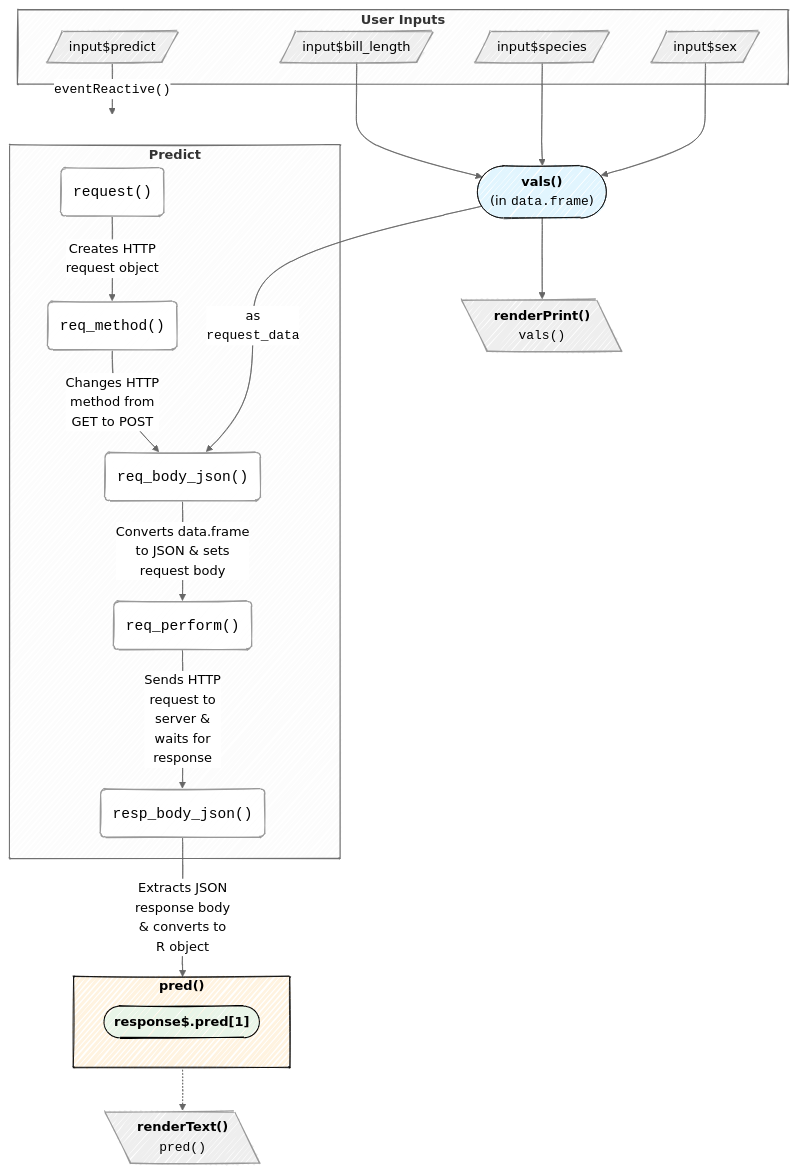
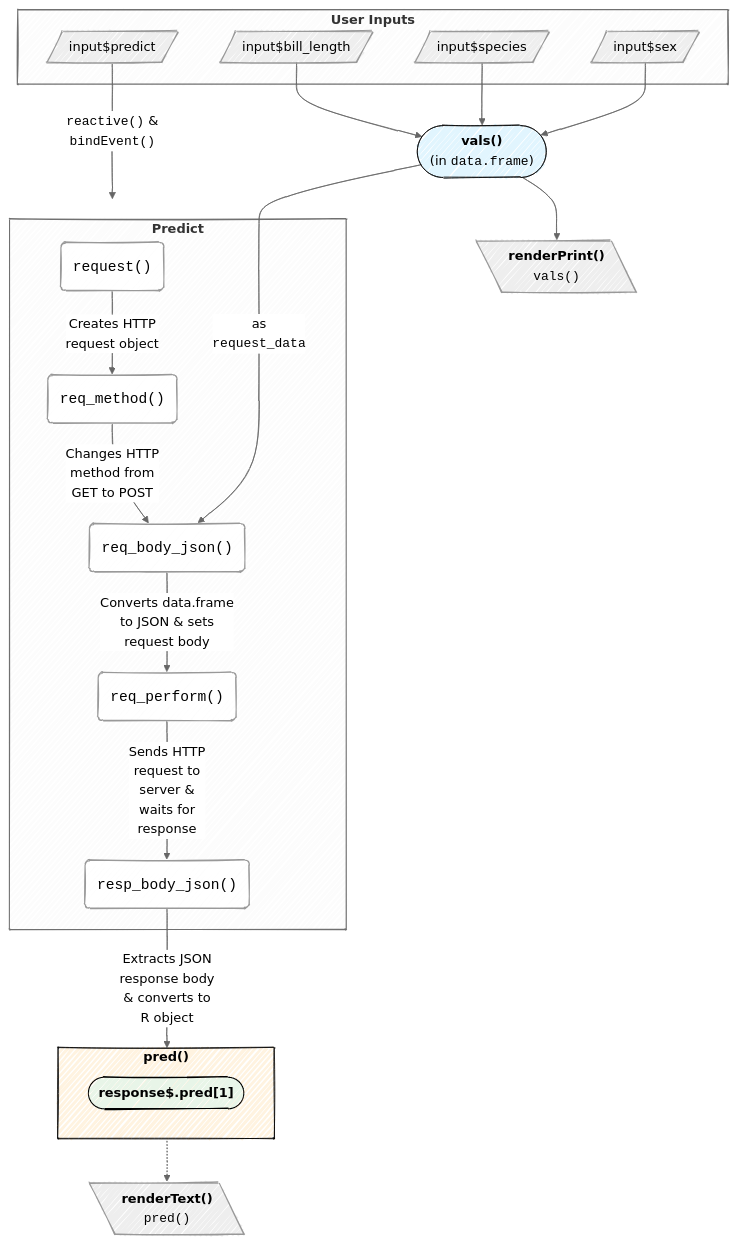
One commit to mjfrigaard/do4ds-labs changed the sixth of 10 diagrams in r-app-api.qmd. Above: the diagram before and after it, drawn with Mermaid. The commit also changed other lines of this file and 10 other files, not shown here.

````diff
--- a/r-app-api.qmd
+++ b/r-app-api.qmd
@@ -452,52 +472,49 @@
 ```{mermaid}
 %%| fig-cap: 'Input Dependencies'
 %%| fig-align: center
 %%{init: {'theme': 'neutral', 'look': 'handDrawn', 'themeVariables': { 'fontFamily': 'monospace', "fontSize":"16px"}}}%%
 graph TD
     subgraph Inputs["<strong>User Inputs</strong>"]
     I1[/"input$bill_length"/]
     I2[/"input$species"/]
     I3[/"input$sex"/]
     I4[/"input$predict"/]
     end
 
     subgraph Pred["<strong>Predict</strong>"]
         Req("<code>request()</code>") --"Creates HTTP<br>request object"--> Meth("<code>req_method()</code>")
         Meth --"Changes HTTP<br>method from<br>GET to POST"--> BodyJson1("<code>req_body_json()</code>")
         BodyJson1 --"Converts data.frame<br>to JSON & sets<br>request body"--> Perform("<code>req_perform()</code>")
         Perform --"Sends HTTP<br>request to<br>server &<br>waits for<br>response"--> BodyJson2("<code>resp_body_json()</code>")
     end
 
     subgraph PredReact["<strong>pred()</strong>"]
         Res(["<strong>response$.pred[1]</strong>"])
     end
     
     ValsReact(["<strong>vals()</strong><br>(in <code>data.frame</code>)"])
     BodyJson2 --"Extracts JSON<br>response body<br>& converts to<br>R object"--> PredReact
     
     I1 --> ValsReact
     I2 --> ValsReact
     I3 --> ValsReact
-    I4 --"<code>eventReactive()</code>"--> Pred
+    I4 --"<code>reactive()</code> & <br><code>bindEvent()</code>"---> Pred
     
     ValsReact --"as<br><code>request_data</code>"--> BodyJson1
     ValsReact --> RenPrnt[\"<strong>renderPrint()</strong><br><code>vals()</code>"\]
     PredReact -.-> RenTxt[\"<strong>renderText()</strong><br><code>pred()</code>"\]
 
     %% Style for functions %%
     style Req fill:#FFF,color:#000,rx:20,ry:20,font-size:18px
     style Meth fill:#FFF,color:#000,rx:20,ry:20,font-size:18px
     style BodyJson1 fill:#FFF,color:#000,rx:20,ry:20,font-size:18px
     style Perform fill:#FFF,color:#000,rx:20,ry:20,font-size:18px
     style BodyJson2 fill:#FFF,color:#000,rx:20,ry:20,font-size:18px
     
     %% Style for reactives %%
     style ValsReact fill:#e1f5fe,stroke:#000,color:#000,stroke-width:1px,rx:10,ry:10,font-size:16px
     style PredReact fill:#fff3e0,stroke:#000,color:#000,stroke-width:1px,rx:10,ry:10,font-size:16px
     
     %% Style for result %%
     style Res fill:#e8f5e8,stroke:#000,color:#000
-    
-    %% style ModMeta fill:#FFF,stroke:#ffcc5c,color:#000,stroke-width:3px,rx:10,ry:10,font-size:16px
-    %% style Dep fill:#FFF,stroke:#ffcc5c,color:#000,stroke-width:3px,rx:10,ry:10,font-size:16px
 ```
````
